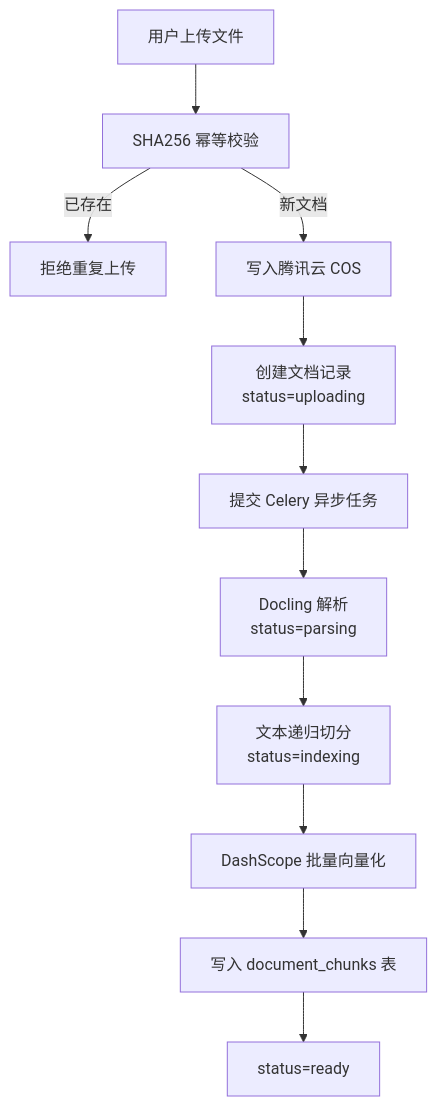
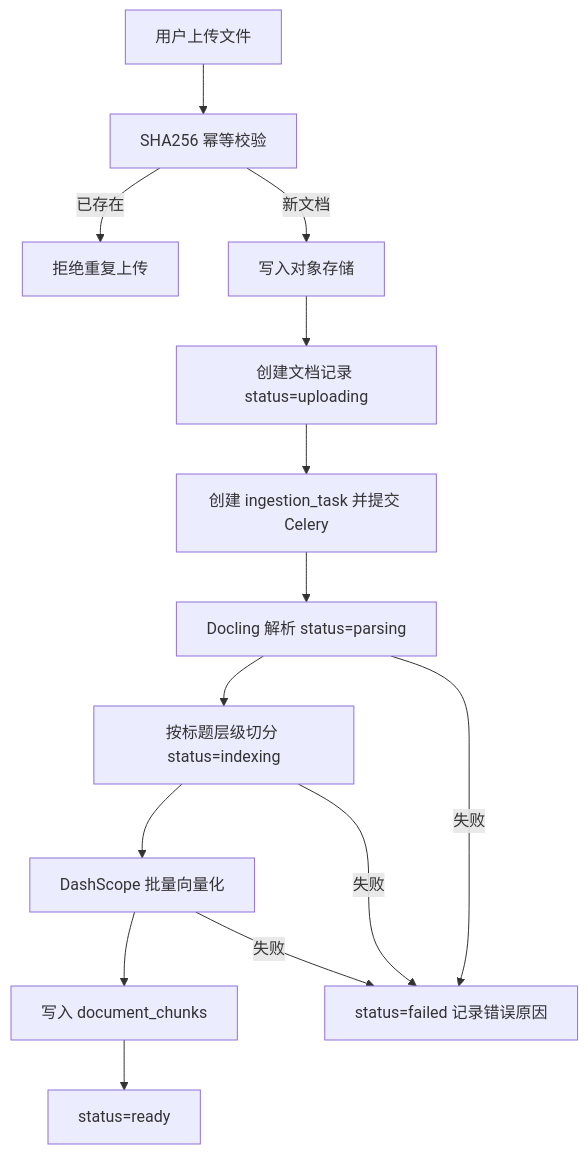
The second of 3 diagrams in README.md (skykochen/rag-base), drawn with Mermaid before and after one commit. The commit also changed other lines of this file, not shown here.

````diff
--- a/README.md
+++ b/README.md
@@ -80,13 +178,16 @@
 ```mermaid
 flowchart TD
     upload[用户上传文件] --> hash[SHA256 幂等校验]
     hash -->|已存在| reject[拒绝重复上传]
-    hash -->|新文档| cos[写入腾讯云 COS]
-    cos --> db[创建文档记录<br/>status=uploading]
-    db --> task[提交 Celery 异步任务]
-    task --> parse[Docling 解析<br/>status=parsing]
-    parse --> split[文本递归切分<br/>status=indexing]
+    hash -->|新文档| store[写入对象存储]
+    store --> record[创建文档记录 status=uploading]
+    record --> task[创建 ingestion_task 并提交 Celery]
+    task --> parse[Docling 解析 status=parsing]
+    parse --> split[按标题层级切分 status=indexing]
     split --> embed[DashScope 批量向量化]
-    embed --> store[写入 document_chunks 表]
-    store --> ready[status=ready]
+    embed --> write[写入 document_chunks]
+    write --> ready[status=ready]
+    parse -->|失败| failed[status=failed 记录错误原因]
+    split -->|失败| failed
+    embed -->|失败| failed
 ```
````
